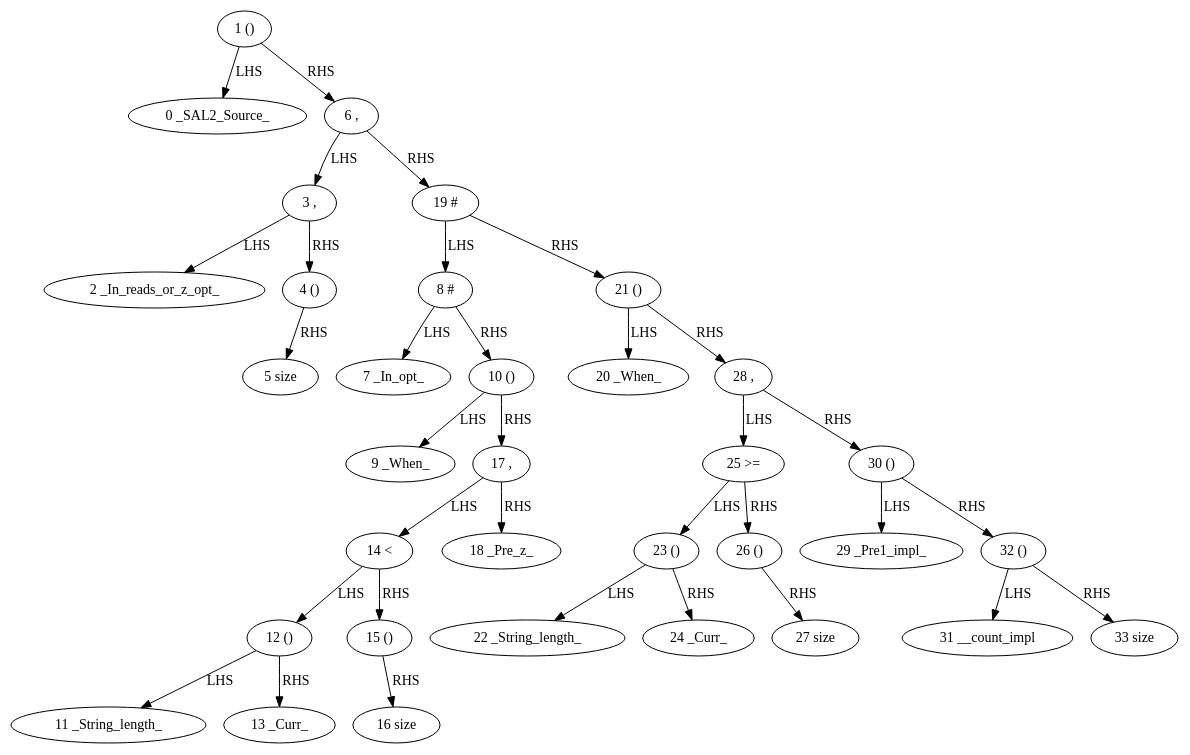
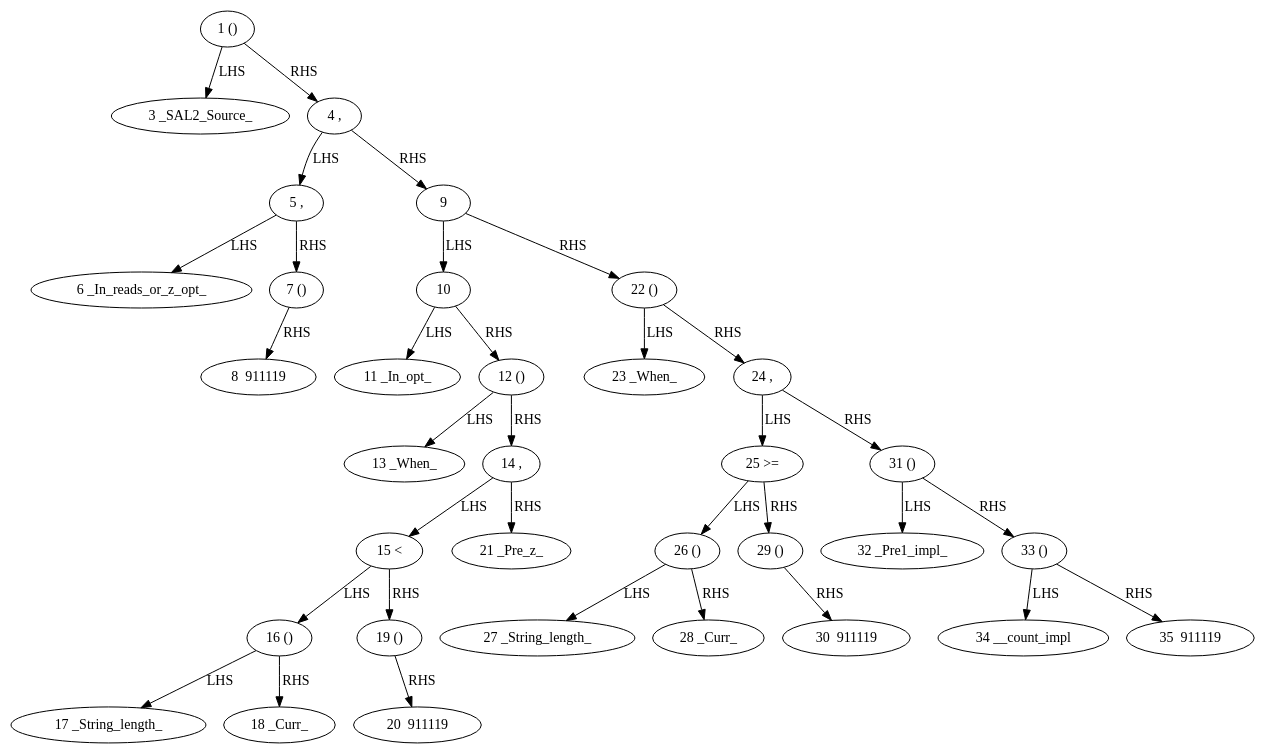
One commit to Thewbi/stm8_asm changed the diagram in dot/preprocessor_tree.dot. Above: the diagram before and after it, drawn with Graphviz. The commit also changed 8 other files, not shown here.

```diff
--- a/dot/preprocessor_tree.dot
+++ b/dot/preprocessor_tree.dot
@@ -1,69 +1,69 @@
 digraph {
 1 [label="1 ()"]
-0 [label="0 _SAL2_Source_"]
-1 -> 0 [label="LHS"]
-6 [label="6 ,"]
-3 [label="3 ,"]
-2 [label="2 _In_reads_or_z_opt_"]
-3 -> 2 [label="LHS"]
-4 [label="4 ()"]
-5 [label="5 size"]
-4 -> 5 [label="RHS"]
-3 -> 4 [label="RHS"]
-6 -> 3 [label="LHS"]
-19 [label="19 #"]
-8 [label="8 #"]
-7 [label="7 _In_opt_"]
-8 -> 7 [label="LHS"]
-10 [label="10 ()"]
-9 [label="9 _When_"]
-10 -> 9 [label="LHS"]
-17 [label="17 ,"]
-14 [label="14 <"]
+3 [label="3 _SAL2_Source_"]
+1 -> 3 [label="LHS"]
+4 [label="4 ,"]
+5 [label="5 ,"]
+6 [label="6 _In_reads_or_z_opt_"]
+5 -> 6 [label="LHS"]
+7 [label="7 ()"]
+8 [label="8  911119"]
+7 -> 8 [label="RHS"]
+5 -> 7 [label="RHS"]
+4 -> 5 [label="LHS"]
+9 [label="9 "]
+10 [label="10 "]
+11 [label="11 _In_opt_"]
+10 -> 11 [label="LHS"]
 12 [label="12 ()"]
-11 [label="11 _String_length_"]
-12 -> 11 [label="LHS"]
-13 [label="13 _Curr_"]
-12 -> 13 [label="RHS"]
-14 -> 12 [label="LHS"]
-15 [label="15 ()"]
-16 [label="16 size"]
-15 -> 16 [label="RHS"]
-14 -> 15 [label="RHS"]
-17 -> 14 [label="LHS"]
-18 [label="18 _Pre_z_"]
-17 -> 18 [label="RHS"]
-10 -> 17 [label="RHS"]
-8 -> 10 [label="RHS"]
-19 -> 8 [label="LHS"]
-21 [label="21 ()"]
-20 [label="20 _When_"]
-21 -> 20 [label="LHS"]
-28 [label="28 ,"]
+13 [label="13 _When_"]
+12 -> 13 [label="LHS"]
+14 [label="14 ,"]
+15 [label="15 <"]
+16 [label="16 ()"]
+17 [label="17 _String_length_"]
+16 -> 17 [label="LHS"]
+18 [label="18 _Curr_"]
+16 -> 18 [label="RHS"]
+15 -> 16 [label="LHS"]
+19 [label="19 ()"]
+20 [label="20  911119"]
+19 -> 20 [label="RHS"]
+15 -> 19 [label="RHS"]
+14 -> 15 [label="LHS"]
+21 [label="21 _Pre_z_"]
+14 -> 21 [label="RHS"]
+12 -> 14 [label="RHS"]
+10 -> 12 [label="RHS"]
+9 -> 10 [label="LHS"]
+22 [label="22 ()"]
+23 [label="23 _When_"]
+22 -> 23 [label="LHS"]
+24 [label="24 ,"]
 25 [label="25 >="]
-23 [label="23 ()"]
-22 [label="22 _String_length_"]
-23 -> 22 [label="LHS"]
-24 [label="24 _Curr_"]
-23 -> 24 [label="RHS"]
-25 -> 23 [label="LHS"]
 26 [label="26 ()"]
-27 [label="27 size"]
-26 -> 27 [label="RHS"]
-25 -> 26 [label="RHS"]
-28 -> 25 [label="LHS"]
-30 [label="30 ()"]
-29 [label="29 _Pre1_impl_"]
-30 -> 29 [label="LHS"]
-32 [label="32 ()"]
-31 [label="31 __count_impl"]
-32 -> 31 [label="LHS"]
-33 [label="33 size"]
-32 -> 33 [label="RHS"]
-30 -> 32 [label="RHS"]
-28 -> 30 [label="RHS"]
-21 -> 28 [label="RHS"]
-19 -> 21 [label="RHS"]
-6 -> 19 [label="RHS"]
-1 -> 6 [label="RHS"]
+27 [label="27 _String_length_"]
+26 -> 27 [label="LHS"]
+28 [label="28 _Curr_"]
+26 -> 28 [label="RHS"]
+25 -> 26 [label="LHS"]
+29 [label="29 ()"]
+30 [label="30  911119"]
+29 -> 30 [label="RHS"]
+25 -> 29 [label="RHS"]
+24 -> 25 [label="LHS"]
+31 [label="31 ()"]
+32 [label="32 _Pre1_impl_"]
+31 -> 32 [label="LHS"]
+33 [label="33 ()"]
+34 [label="34 __count_impl"]
+33 -> 34 [label="LHS"]
+35 [label="35  911119"]
+33 -> 35 [label="RHS"]
+31 -> 33 [label="RHS"]
+24 -> 31 [label="RHS"]
+22 -> 24 [label="RHS"]
+9 -> 22 [label="RHS"]
+4 -> 9 [label="RHS"]
+1 -> 4 [label="RHS"]
 }
```
